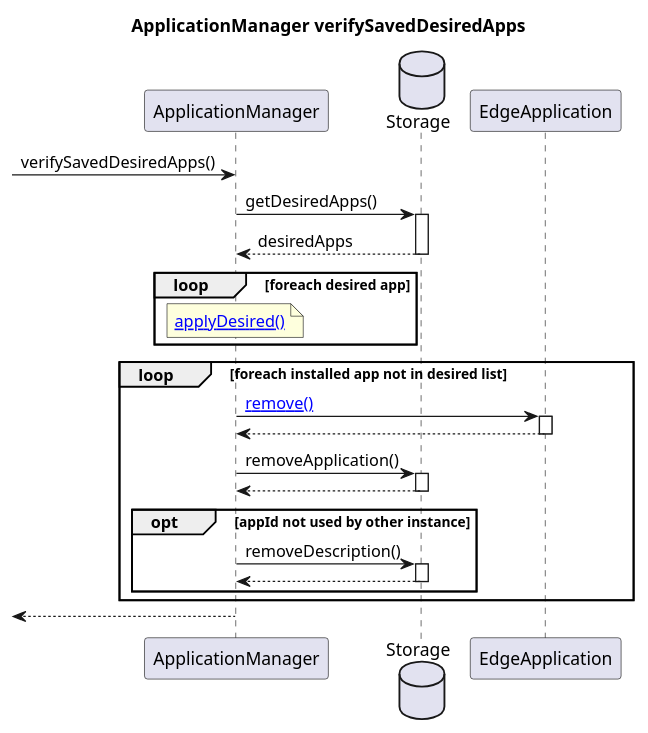
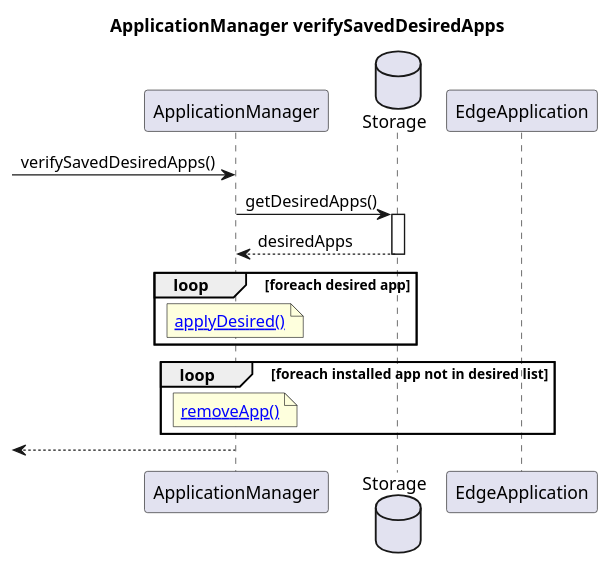
Before and after one commit to se-edge/framework-diagrams: the diagram in ApplicationManager/verifySavedDesiredApps.puml, drawn with PlantUML. The commit also changed 1 other file, not shown here.

Commit message:
add removeApp to ApplicationManager

```diff
--- a/ApplicationManager/verifySavedDesiredApps.puml
+++ b/ApplicationManager/verifySavedDesiredApps.puml
@@ -1,31 +1,22 @@
 @startuml
 title "ApplicationManager verifySavedDesiredApps"
 
 participant ApplicationManager as AM
 database Storage as Stor
 participant EdgeApplication as EApp
 
 [->AM: verifySavedDesiredApps()
 
 AM->Stor ++: getDesiredApps()
 Stor-->AM --: desiredApps
 
 loop foreach desired app
     note over AM: [[http://www.plantuml.com/plantuml/proxy?cache=no&src=https://raw.githubusercontent.com/se-edge/diagrams/develop/ApplicationManager/applyDesired.puml&fmt=svg applyDesired()]]
 end
 
 loop foreach installed app not in desired list
-    AM->EApp ++: [[http://www.plantuml.com/plantuml/proxy?cache=no&src=https://raw.githubusercontent.com/se-edge/diagrams/develop/ApplicationManager/ComposeApplication.remove.puml&fmt=svg remove()]]
-    EApp-->AM --:
-
-    AM->Stor ++: removeApplication()
-    Stor-->AM --:
-
-    opt appId not used by other instance
-        AM->Stor ++: removeDescription()
-        Stor-->AM --:
-    end
+    note over AM: [[http://www.plantuml.com/plantuml/proxy?cache=no&src=https://raw.githubusercontent.com/se-edge/diagrams/develop/ApplicationManager/removeApp.puml&fmt=svg removeApp()]]
 end
 
 AM-->[:
 @enduml
```
